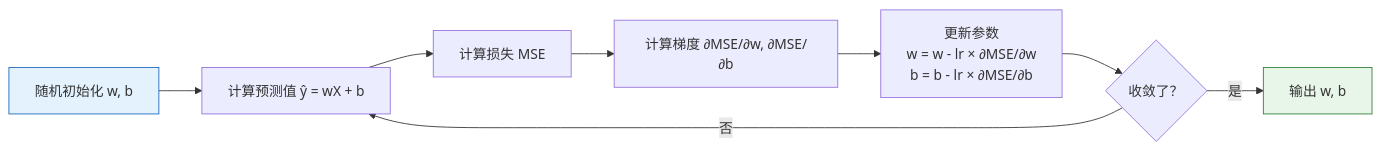
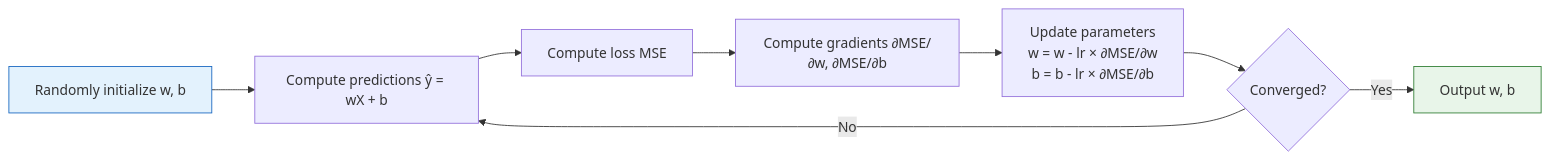
Before and after one commit to oudbiao/AI-fullstack-course: the first of 3 diagrams in docs/ch05-machine-learning/ch02-supervised/01-linear-regression.md, drawn with Mermaid. The commit also changed other lines of this file and 1406 other files, not shown here.

````diff
--- a/docs/ch05-machine-learning/ch02-supervised/01-linear-regression.md
+++ b/docs/ch05-machine-learning/ch02-supervised/01-linear-regression.md
@@ -235,13 +235,13 @@
 ```mermaid
 flowchart LR
-    A["随机初始化 w, b"] --> B["计算预测值 ŷ = wX + b"]
-    B --> C["计算损失 MSE"]
-    C --> D["计算梯度 ∂MSE/∂w, ∂MSE/∂b"]
-    D --> E["更新参数<br/>w = w - lr × ∂MSE/∂w<br/>b = b - lr × ∂MSE/∂b"]
-    E --> F{"收敛了？"}
-    F -->|"否"| B
-    F -->|"是"| G["输出 w, b"]
+    A["Randomly initialize w, b"] --> B["Compute predictions ŷ = wX + b"]
+    B --> C["Compute loss MSE"]
+    C --> D["Compute gradients ∂MSE/∂w, ∂MSE/∂b"]
+    D --> E["Update parameters<br/>w = w - lr × ∂MSE/∂w<br/>b = b - lr × ∂MSE/∂b"]
+    E --> F{"Converged?"}
+    F -->|"No"| B
+    F -->|"Yes"| G["Output w, b"]
 
     style A fill:#e3f2fd,stroke:#1565c0,color:#333
     style G fill:#e8f5e9,stroke:#2e7d32,color:#333
 ```
````
